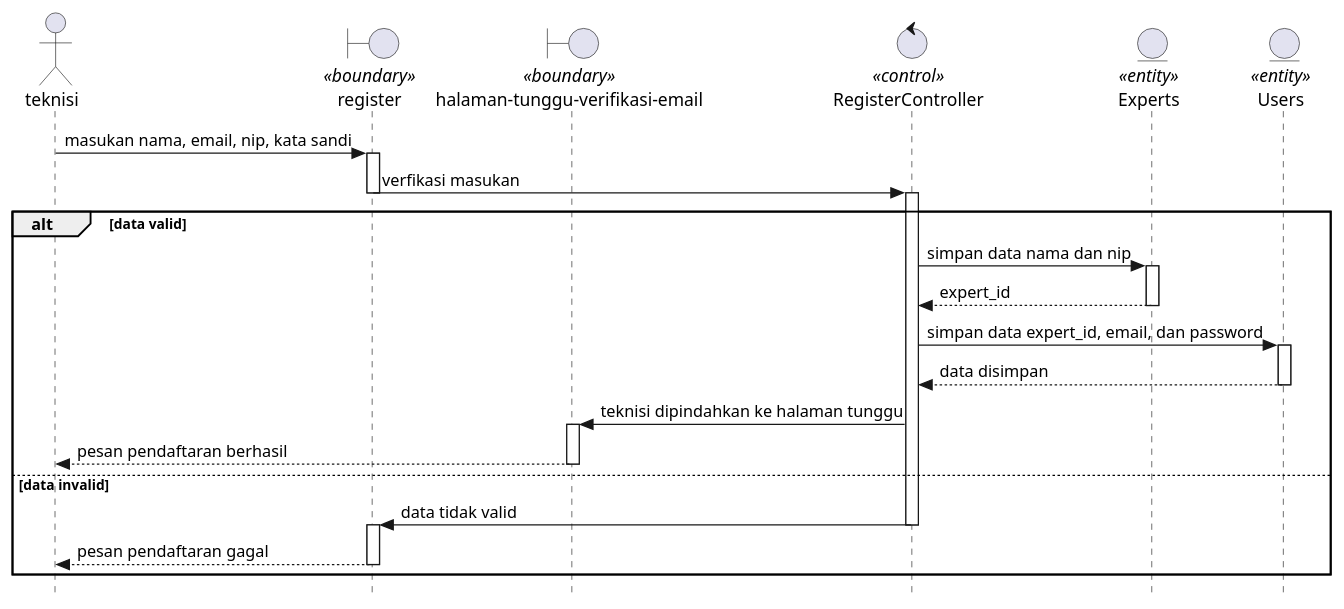
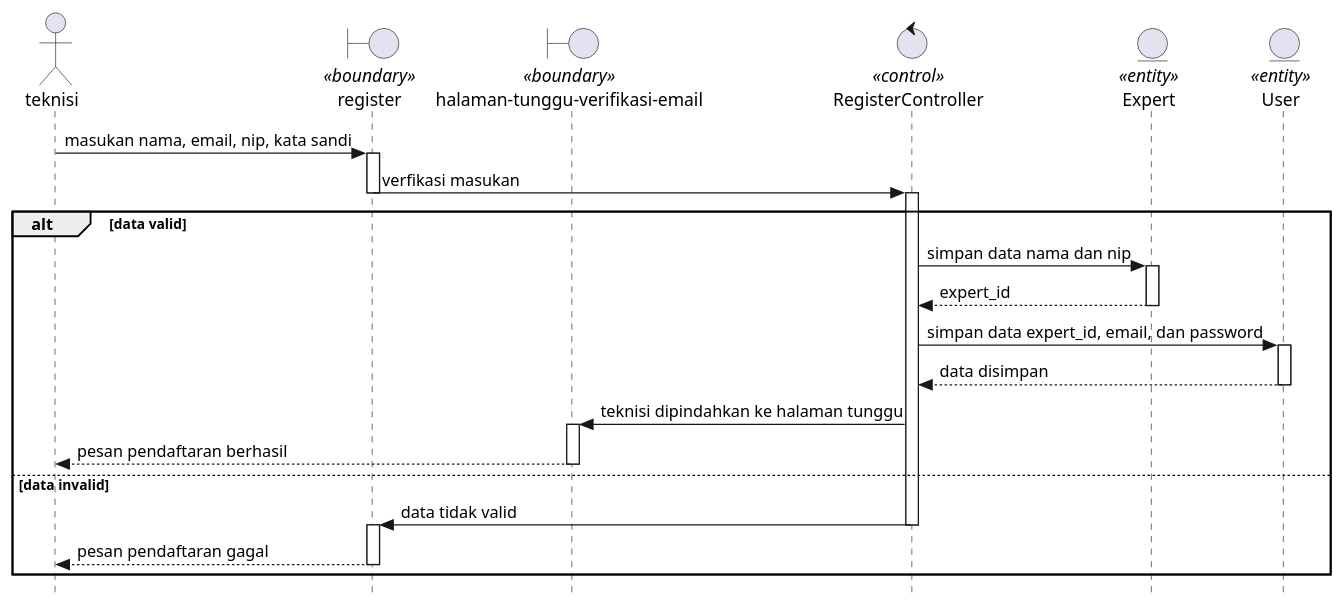
The first of 2 diagrams in Docs/diagrams/sequence/register.plantuml (KPL-slur/eec-sifse-fixed), drawn with PlantUML before and after one commit. The commit also changed 5 other files, not shown here.

```diff
--- a/Docs/diagrams/sequence/register.plantuml
+++ b/Docs/diagrams/sequence/register.plantuml
@@ -1,40 +1,40 @@
 @startuml register
 
 skinparam style strictuml
 
 actor teknisi
 boundary register <<boundary>>
 boundary "halaman-tunggu-verifikasi-email" as waiting <<boundary>>
 control RegisterController <<control>>
-entity Experts <<entity>>
-entity Users <<entity>>
+entity Expert <<entity>>
+entity User <<entity>>
 
 teknisi -> register : masukan nama, email, nip, kata sandi
     activate register
 register -> RegisterController : verfikasi masukan
     deactivate register
     activate RegisterController
 
 alt data valid
-    RegisterController -> Experts : simpan data nama dan nip
-        activate Experts
+    RegisterController -> Expert : simpan data nama dan nip
+        activate Expert
     return expert_id
 
-    RegisterController -> Users : simpan data expert_id, email, dan password
-        activate Users
+    RegisterController -> User : simpan data expert_id, email, dan password
+        activate User
     return data disimpan
 
     RegisterController -> waiting : teknisi dipindahkan ke halaman tunggu
         activate waiting
     waiting --> teknisi : pesan pendaftaran berhasil
         deactivate waiting
 
 else data invalid
     RegisterController -> register : data tidak valid
         deactivate RegisterController
         activate register
     register --> teknisi : pesan pendaftaran gagal
         deactivate register
 end
 
 @enduml
```
